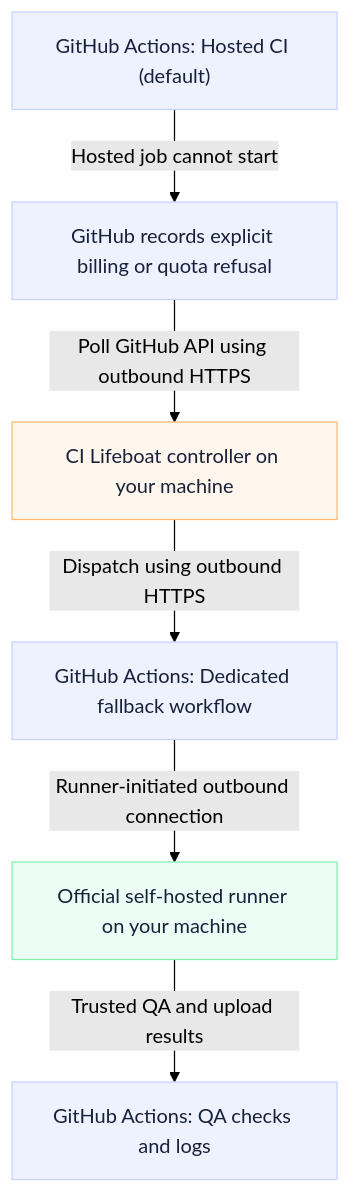
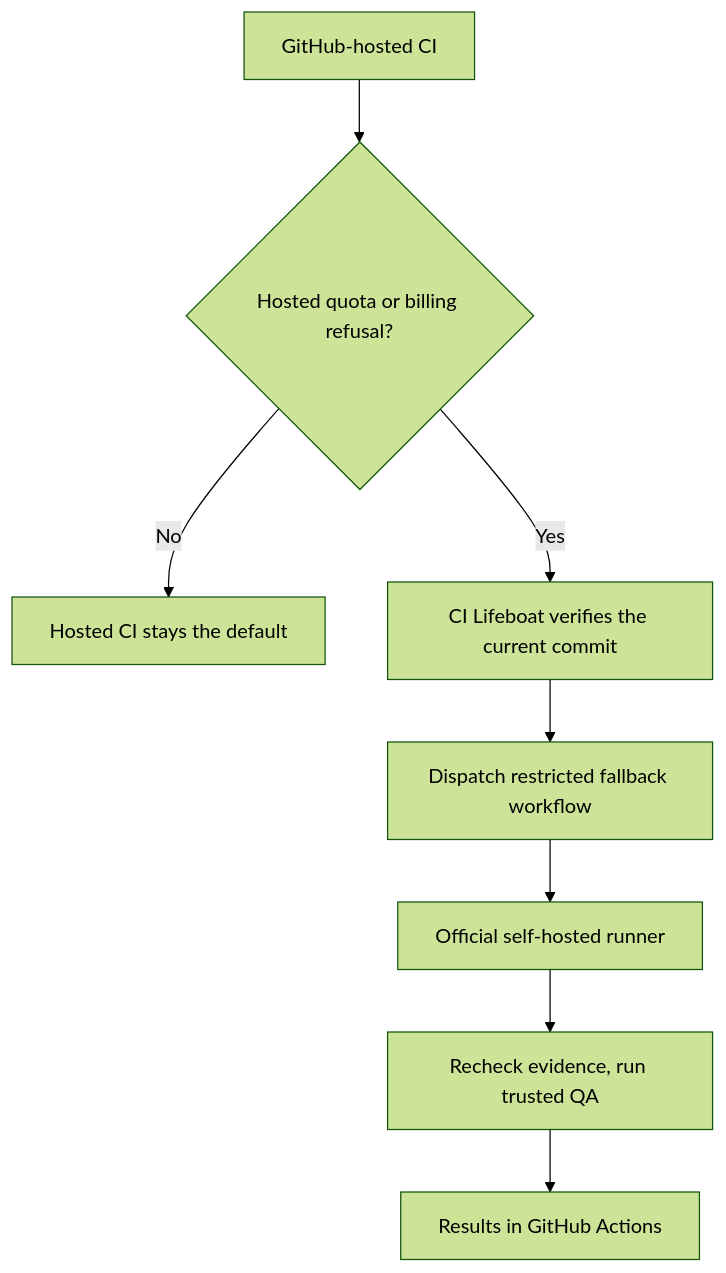
The diagram in docs/architecture.mmd (olaryn-lab/ci-lifeboat), drawn with Mermaid (forest theme) before and after one commit. The commit also changed 6 other files, not shown here.

Commit message:
Use native Mermaid architecture in README and docs

```diff
--- a/docs/architecture.mmd
+++ b/docs/architecture.mmd
@@ -1,20 +1,8 @@
 flowchart TD
-    Hosted["GitHub Actions: Hosted CI (default)"]
-    Refusal["GitHub records explicit billing or quota refusal"]
-    Controller["CI Lifeboat controller on your machine"]
-    Dispatch["GitHub Actions: Dedicated fallback workflow"]
-    Runner["Official self-hosted runner on your machine"]
-    Result["GitHub Actions: QA checks and logs"]
-
-    Hosted -->|"Hosted job cannot start"| Refusal
-    Refusal -->|"Poll GitHub API using outbound HTTPS"| Controller
-    Controller -->|"Dispatch using outbound HTTPS"| Dispatch
-    Dispatch -->|"Runner-initiated outbound connection"| Runner
-    Runner -->|"Trusted QA and upload results"| Result
-
-    classDef github fill:#eef2ff,stroke:#c7d2fe,color:#18213a
-    classDef controller fill:#fff7ed,stroke:#fdba74,color:#18213a
-    classDef runner fill:#ecfdf5,stroke:#86efac,color:#18213a
-    class Hosted,Refusal,Dispatch,Result github
-    class Controller controller
-    class Runner runner
+    A["GitHub-hosted CI"] --> B{"Hosted quota or billing refusal?"}
+    B -->|No| C["Hosted CI stays the default"]
+    B -->|Yes| D["CI Lifeboat verifies the current commit"]
+    D --> E["Dispatch restricted fallback workflow"]
+    E --> F["Official self-hosted runner"]
+    F --> G["Recheck evidence, run trusted QA"]
+    G --> H["Results in GitHub Actions"]
```
